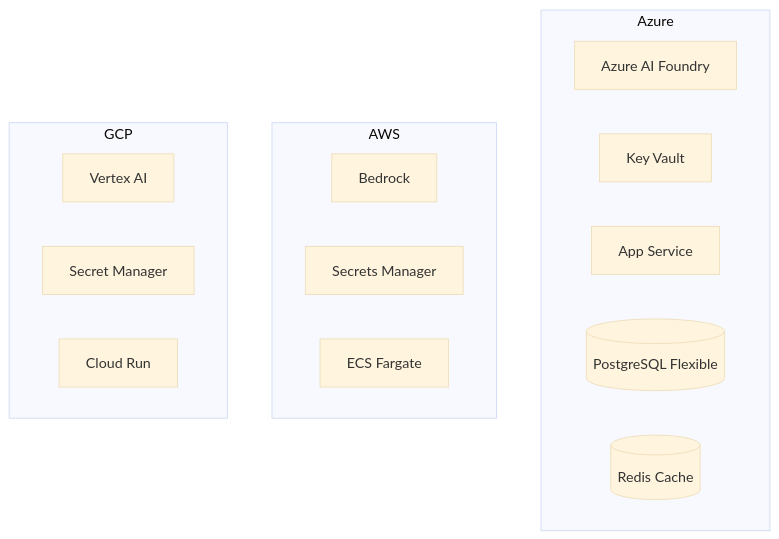
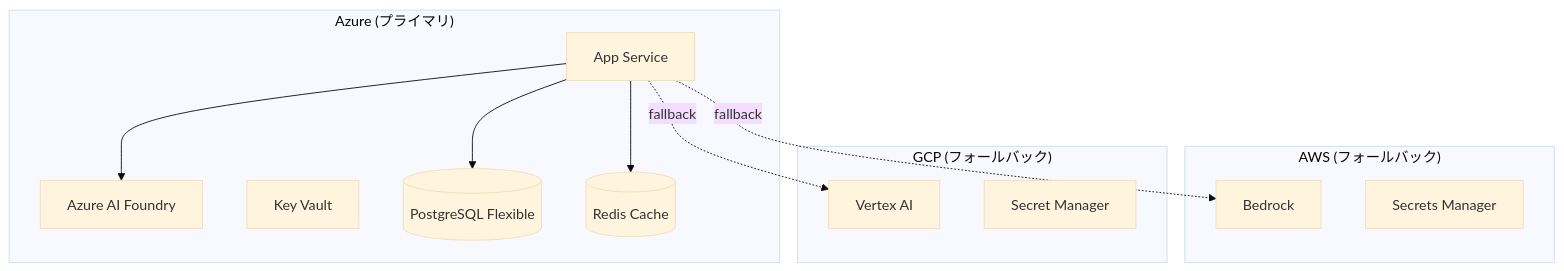
One commit to GEJFY/cs-risk-agent changed the eighth of 8 diagrams in docs/architecture.md. Above: the diagram before and after it, drawn with Mermaid (base theme). The commit also changed other lines of this file and 4 other files, not shown here.

````diff
--- a/docs/architecture.md
+++ b/docs/architecture.md
@@ -182,22 +411,26 @@
 ```mermaid
 graph TB
-    subgraph "Azure"
+    subgraph "Azure (プライマリ)"
         AzureAI[Azure AI Foundry]
         AzureKV[Key Vault]
         AzureApp[App Service]
         AzureDB[(PostgreSQL Flexible)]
         AzureRedis[(Redis Cache)]
     end
 
-    subgraph "AWS"
+    subgraph "AWS (フォールバック)"
         Bedrock[Bedrock]
         SM[Secrets Manager]
-        ECS[ECS Fargate]
     end
 
-    subgraph "GCP"
+    subgraph "GCP (フォールバック)"
         VertexAI[Vertex AI]
         GSM[Secret Manager]
-        CloudRun[Cloud Run]
     end
+
+    AzureApp --> AzureAI
+    AzureApp -.->|fallback| Bedrock
+    AzureApp -.->|fallback| VertexAI
+    AzureApp --> AzureDB
+    AzureApp --> AzureRedis
 ```
````
